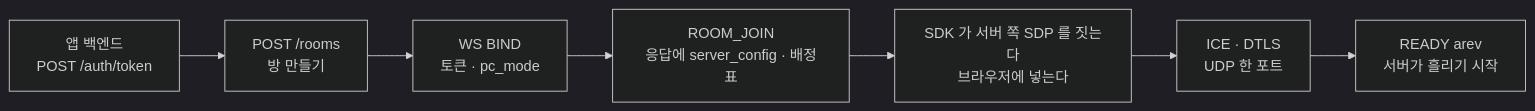
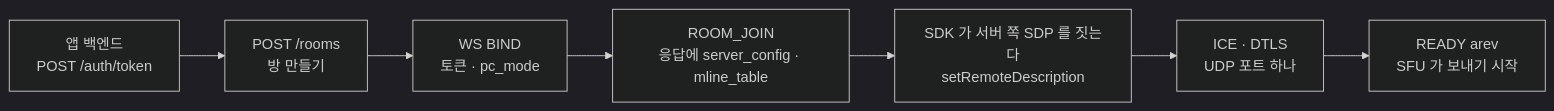
One commit to kodeholic9/oxlens-sfu changed the first of 4 diagrams in docs/learn/02_CONNECT_JOIN.md. Above: the diagram before and after it, drawn with Mermaid (dark theme). The commit also changed other lines of this file and 19 other files, not shown here.

````diff
--- a/docs/learn/02_CONNECT_JOIN.md
+++ b/docs/learn/02_CONNECT_JOIN.md
@@ -9,9 +11,9 @@
 ```mermaid
 flowchart LR
   T["앱 백엔드<br/>POST /auth/token"] --> R["POST /rooms<br/>방 만들기"]
   R --> B["WS BIND<br/>토큰 · pc_mode"]
-  B --> J["ROOM_JOIN<br/>응답에 server_config · 배정표"]
-  J --> S["SDK 가 서버 쪽 SDP 를 짓는다<br/>브라우저에 넣는다"]
-  S --> I["ICE · DTLS<br/>UDP 한 포트"]
-  I --> Y["READY arev<br/>서버가 흘리기 시작"]
+  B --> J["ROOM_JOIN<br/>응답에 server_config · mline_table"]
+  J --> S["SDK 가 서버 쪽 SDP 를 짓는다<br/>setRemoteDescription"]
+  S --> I["ICE · DTLS<br/>UDP 포트 하나"]
+  I --> Y["READY arev<br/>SFU 가 보내기 시작"]
 ```
````
